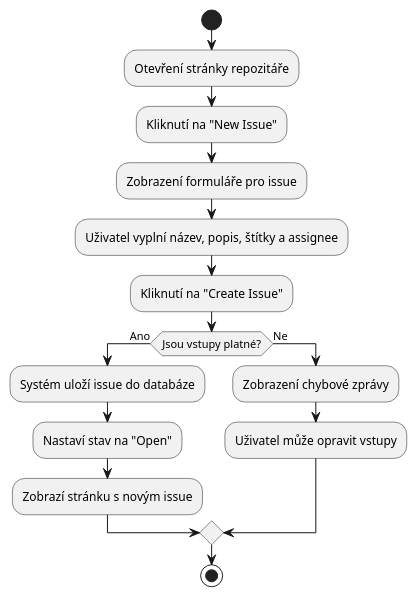
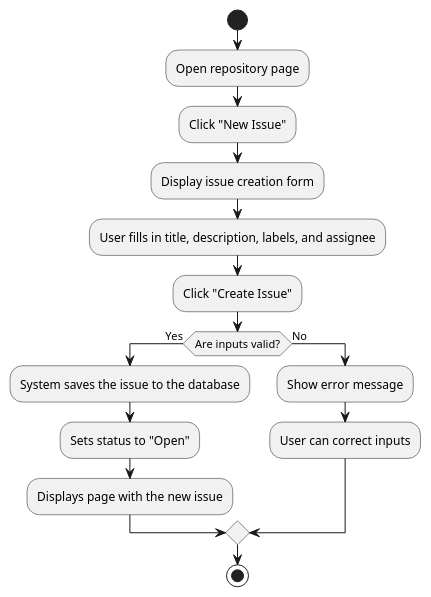
The diagram in artifacts/plantuml-diagrams/create-issue-activity.plantuml (phatt-23/VIS-Project), drawn with PlantUML before and after one commit. The commit also changed other lines of this file and 89 other files, not shown here.

```diff
--- a/artifacts/plantuml-diagrams/create-issue-activity.plantuml
+++ b/artifacts/plantuml-diagrams/create-issue-activity.plantuml
@@ -1,17 +1,22 @@
 @startuml
+
 start
-:Otevření stránky repozitáře;
-:Kliknutí na "New Issue";
-:Zobrazení formuláře pro issue;
-:Uživatel vyplní název, popis, štítky a assignee;
-:Kliknutí na "Create Issue";
-if (Jsou vstupy platné?) then (Ano)
-    :Systém uloží issue do databáze;
-    :Nastaví stav na "Open";
-    :Zobrazí stránku s novým issue;
-else (Ne)
-    :Zobrazení chybové zprávy;
-    :Uživatel může opravit vstupy;
+
+:Open repository page;
+:Click "New Issue";
+:Display issue creation form;
+:User fills in title, description, labels, and assignee;
+:Click "Create Issue";
+
+if (Are inputs valid?) then (Yes)
+    :System saves the issue to the database;
+    :Sets status to "Open";
+    :Displays page with the new issue;
+else (No)
+    :Show error message;
+    :User can correct inputs;
 endif
+
 stop
+
 @enduml
```
